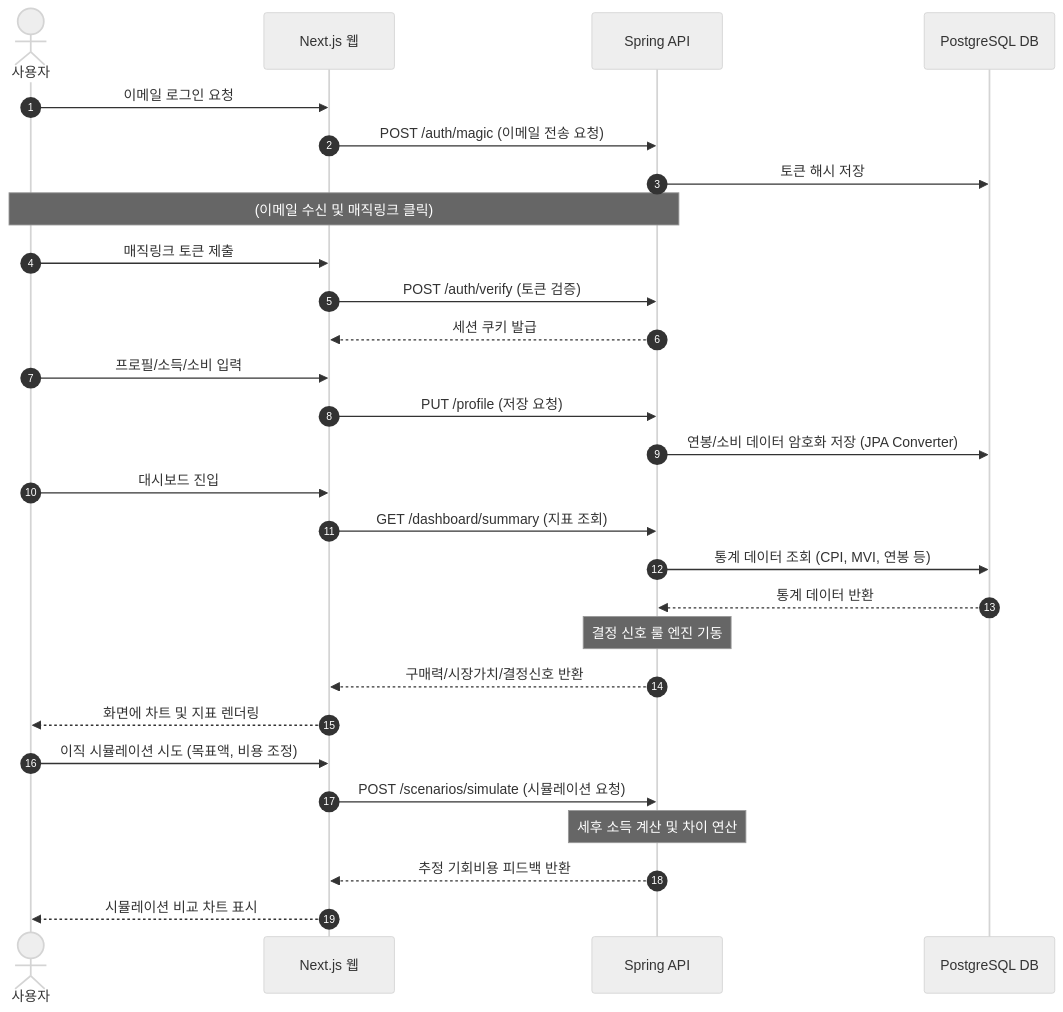
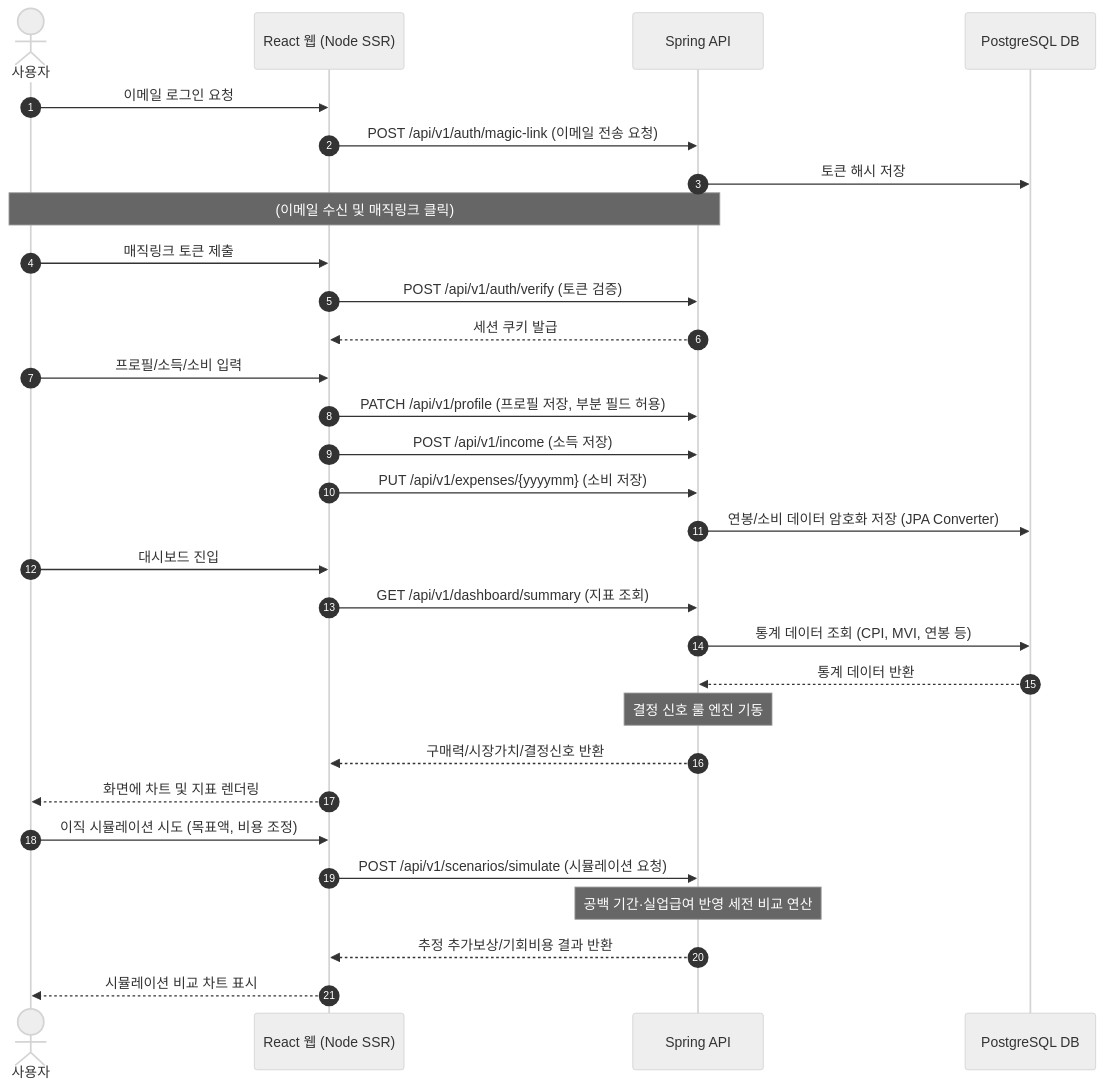
Before and after one commit to SeoHyeokGyu/Carix: the fifth of 5 diagrams in docs/superpowers/specs/2026-07-18-application-workflow-spec.md, drawn with Mermaid (neutral theme). The commit also changed other lines of this file and 10 other files, not shown here.

````diff
--- a/docs/superpowers/specs/2026-07-18-application-workflow-spec.md
+++ b/docs/superpowers/specs/2026-07-18-application-workflow-spec.md
@@ -149,31 +170,33 @@
 ```mermaid
 sequenceDiagram
     autonumber
     actor User as 사용자
-    participant Web as Next.js 웹
+    participant Web as React 웹 (Node SSR)
     participant API as Spring API
     participant DB as PostgreSQL DB
 
     User->>Web: 이메일 로그인 요청
-    Web->>API: POST /auth/magic (이메일 전송 요청)
+    Web->>API: POST /api/v1/auth/magic-link (이메일 전송 요청)
     API->>DB: 토큰 해시 저장
     Note over User, API: (이메일 수신 및 매직링크 클릭)
     User->>Web: 매직링크 토큰 제출
-    Web->>API: POST /auth/verify (토큰 검증)
+    Web->>API: POST /api/v1/auth/verify (토큰 검증)
     API-->>Web: 세션 쿠키 발급
     User->>Web: 프로필/소득/소비 입력
-    Web->>API: PUT /profile (저장 요청)
+    Web->>API: PATCH /api/v1/profile (프로필 저장, 부분 필드 허용)
+    Web->>API: POST /api/v1/income (소득 저장)
+    Web->>API: PUT /api/v1/expenses/{yyyymm} (소비 저장)
     API->>DB: 연봉/소비 데이터 암호화 저장 (JPA Converter)
     User->>Web: 대시보드 진입
-    Web->>API: GET /dashboard/summary (지표 조회)
+    Web->>API: GET /api/v1/dashboard/summary (지표 조회)
     API->>DB: 통계 데이터 조회 (CPI, MVI, 연봉 등)
     DB-->>API: 통계 데이터 반환
     Note over API: 결정 신호 룰 엔진 기동
     API-->>Web: 구매력/시장가치/결정신호 반환
     Web-->>User: 화면에 차트 및 지표 렌더링
     User->>Web: 이직 시뮬레이션 시도 (목표액, 비용 조정)
-    Web->>API: POST /scenarios/simulate (시뮬레이션 요청)
-    Note over API: 세후 소득 계산 및 차이 연산
-    API-->>Web: 추정 기회비용 피드백 반환
+    Web->>API: POST /api/v1/scenarios/simulate (시뮬레이션 요청)
+    Note over API: 공백 기간·실업급여 반영 세전 비교 연산
+    API-->>Web: 추정 추가보상/기회비용 결과 반환
     Web-->>User: 시뮬레이션 비교 차트 표시
 ```
````
